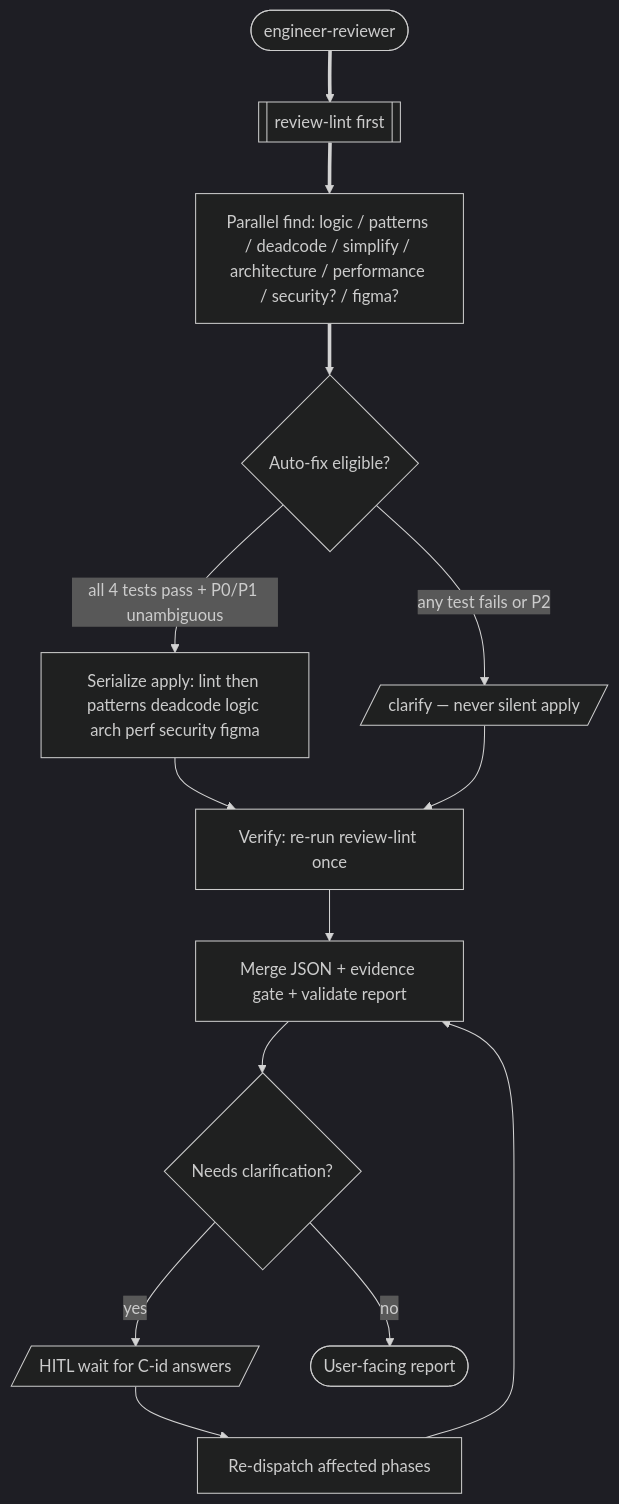
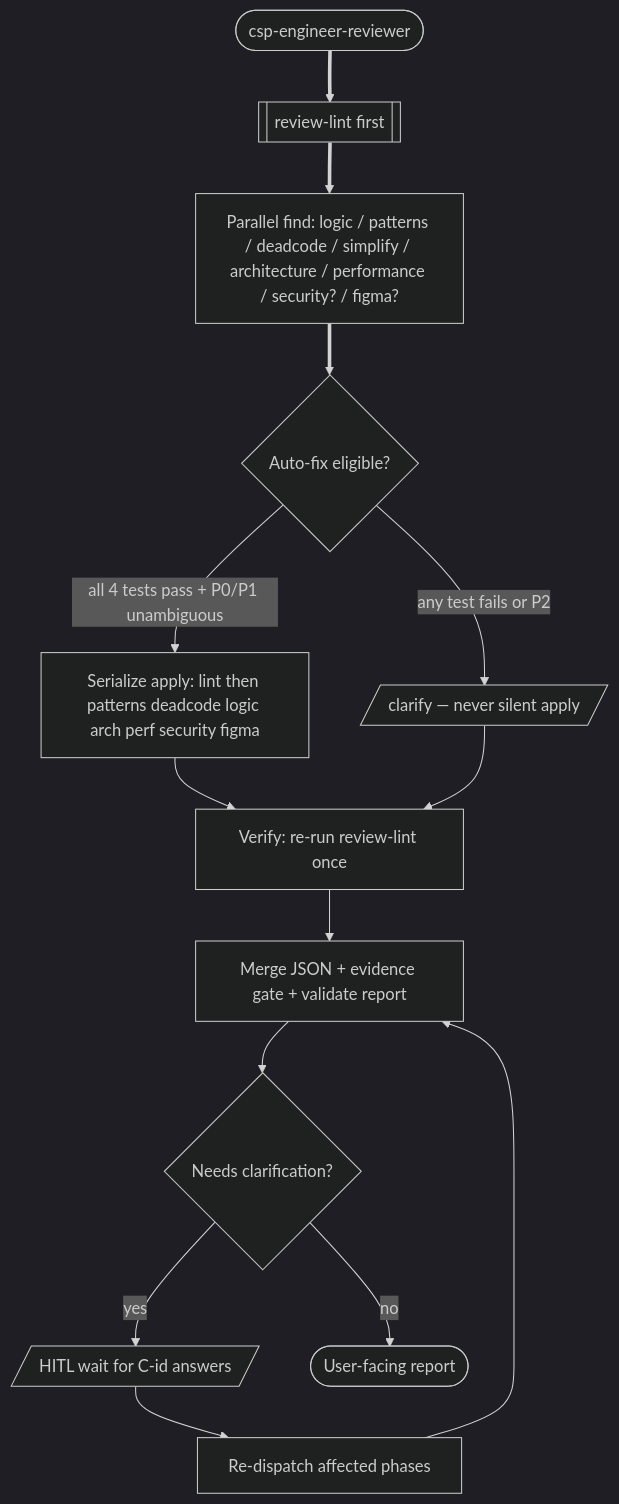
One commit to a-trembak/cursor-spells changed the eighth of 14 diagrams in docs/superpowers/pipeline-flow.md. Above: the diagram before and after it, drawn with Mermaid (dark theme). The commit also changed other lines of this file and 227 other files, not shown here.

````diff
--- a/docs/superpowers/pipeline-flow.md
+++ b/docs/superpowers/pipeline-flow.md
@@ -405,29 +405,29 @@
 ```mermaid
 flowchart TD
-  orch(["engineer-reviewer"])
+  orch(["csp-engineer-reviewer"])
   lint[["review-lint first"]]
   parallelFind["Parallel find: logic / patterns / deadcode / simplify / architecture / performance / security? / figma?"]
   autofix{Auto-fix eligible?}
   apply["Serialize apply: lint then patterns deadcode logic arch perf security figma"]
   clarifyItem[/"clarify — never silent apply"/]
   verifyLint["Verify: re-run review-lint once"]
   merge["Merge JSON + evidence gate + validate report"]
   needsClarify{Needs clarification?}
   waitHitl[/"HITL wait for C-id answers"/]
   redispatch["Re-dispatch affected phases"]
   report(["User-facing report"])
 
   orch ==> lint
   lint ==> parallelFind
   parallelFind ==> autofix
   autofix -->|"all 4 tests pass + P0/P1 unambiguous"| apply
   autofix -->|"any test fails or P2"| clarifyItem
   apply --> verifyLint
   clarifyItem --> verifyLint
   verifyLint --> merge
   merge --> needsClarify
   needsClarify -->|"yes"| waitHitl
   waitHitl --> redispatch
   redispatch --> merge
   needsClarify -->|"no"| report
 ```
````
